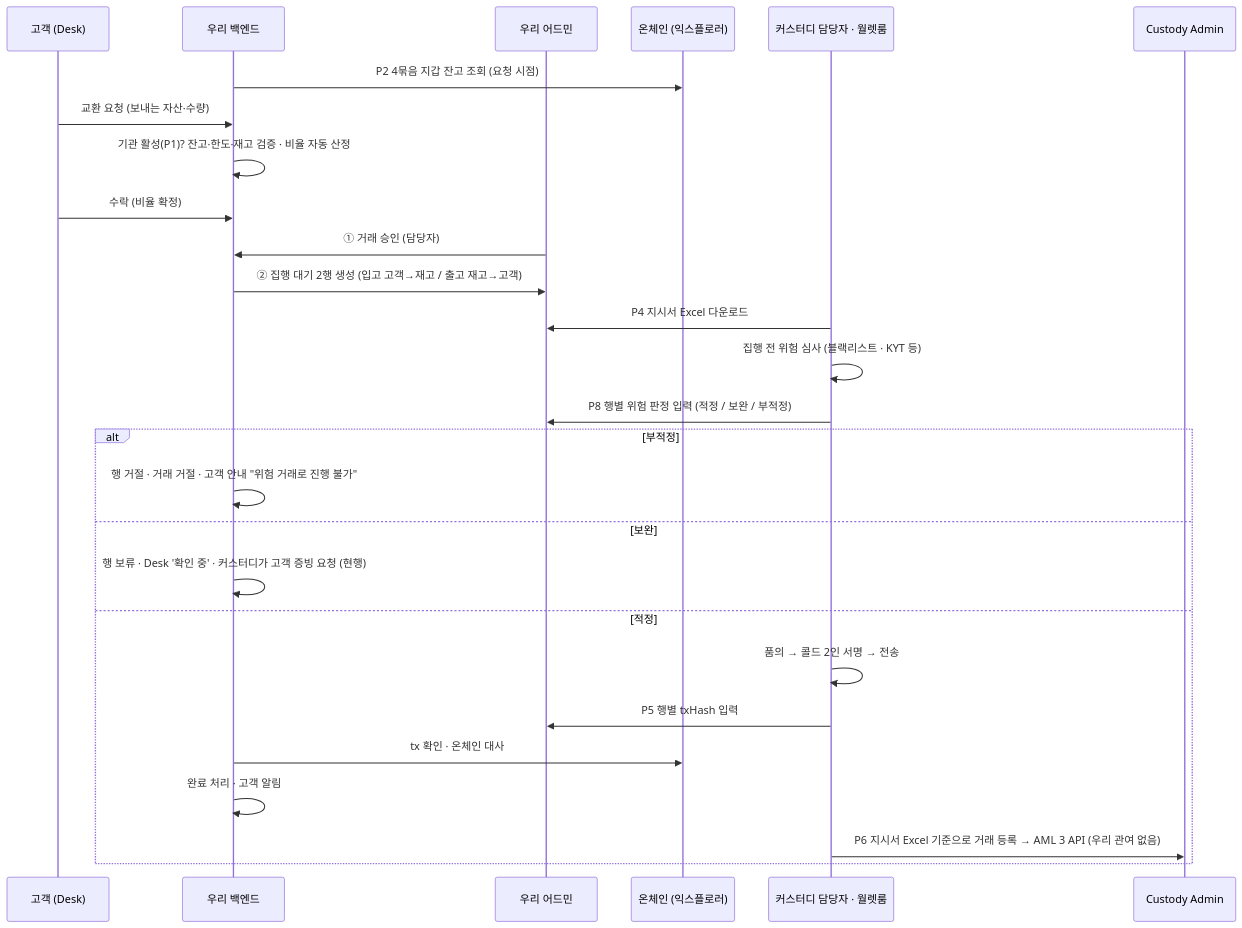
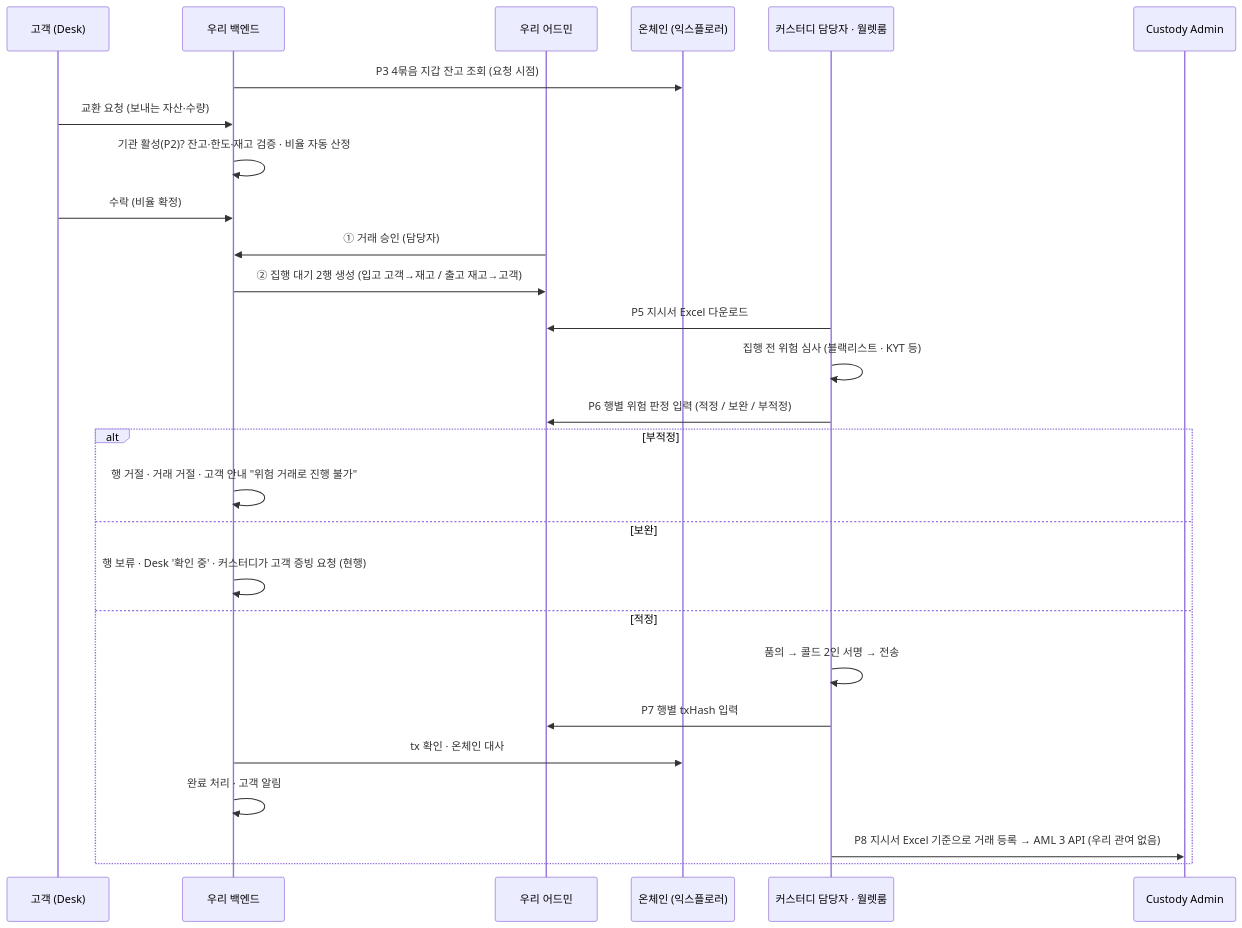
The third of 8 diagrams in drafts/36_플랫폼_커스터디_연동_범위_설명자료.md (dsrvlabs/dsrv-desk), drawn with Mermaid before and after one commit. The commit also changed other lines of this file and 7 other files, not shown here.

First line of the commit message:
커스터디 연동 방식 확정 반영 — 기관 등록(customerNo·수탁 지갑 주소) 초대 시 입력 · 식별자 customerNo 일원화 · 사고·차단 전달 삭제 · KYC 조회 시점 다이어그램 (2026-09-07(21))

````diff
--- a/drafts/36_플랫폼_커스터디_연동_범위_설명자료.md
+++ b/drafts/36_플랫폼_커스터디_연동_범위_설명자료.md
@@ -119,29 +124,29 @@
 ```mermaid
 sequenceDiagram
   participant C as 고객 (Desk)
   participant S as 우리 백엔드
   participant A as 우리 어드민
   participant X as 온체인 (익스플로러)
   participant K as 커스터디 담당자 · 월렛룸
   participant KA as Custody Admin
-  S->>X: P2 4묶음 지갑 잔고 조회 (요청 시점)
+  S->>X: P3 4묶음 지갑 잔고 조회 (요청 시점)
   C->>S: 교환 요청 (보내는 자산·수량)
-  S->>S: 기관 활성(P1)? 잔고·한도·재고 검증 · 비율 자동 산정
+  S->>S: 기관 활성(P2)? 잔고·한도·재고 검증 · 비율 자동 산정
   C->>S: 수락 (비율 확정)
   A->>S: ① 거래 승인 (담당자)
   S->>A: ② 집행 대기 2행 생성 (입고 고객→재고 / 출고 재고→고객)
-  K->>A: P4 지시서 Excel 다운로드
+  K->>A: P5 지시서 Excel 다운로드
   K->>K: 집행 전 위험 심사 (블랙리스트 · KYT 등)
-  K->>A: P8 행별 위험 판정 입력 (적정 / 보완 / 부적정)
+  K->>A: P6 행별 위험 판정 입력 (적정 / 보완 / 부적정)
   alt 부적정
     S->>S: 행 거절 · 거래 거절 · 고객 안내 "위험 거래로 진행 불가"
   else 보완
     S->>S: 행 보류 · Desk '확인 중' · 커스터디가 고객 증빙 요청 (현행)
   else 적정
     K->>K: 품의 → 콜드 2인 서명 → 전송
-    K->>A: P5 행별 txHash 입력
+    K->>A: P7 행별 txHash 입력
     S->>X: tx 확인 · 온체인 대사
     S->>S: 완료 처리 · 고객 알림
-    K->>KA: P6 지시서 Excel 기준으로 거래 등록 → AML 3 API (우리 관여 없음)
+    K->>KA: P8 지시서 Excel 기준으로 거래 등록 → AML 3 API (우리 관여 없음)
   end
 ```
````
